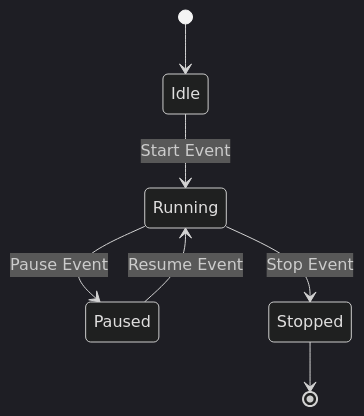
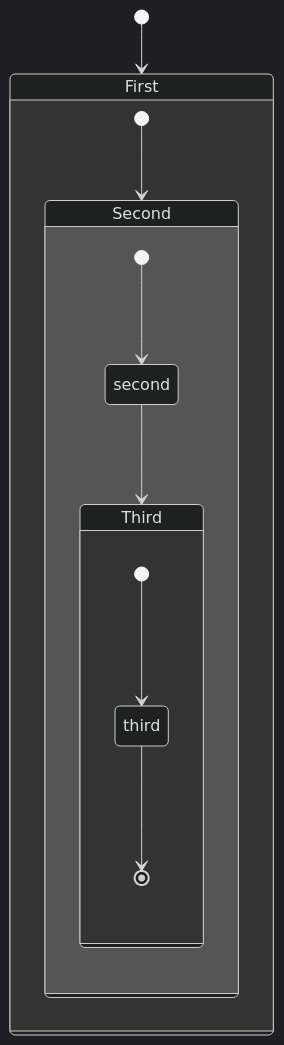
The eighth of 19 diagrams in skills/mermaid/examples/state.md (teachingai/full-stack-skills), drawn with Mermaid (dark theme) before and after one commit. The commit also changed other lines of this file and 21 other files, not shown here.

First line of the commit message:
docs(mermaid): 更新架构、块、C4和类图示例文档

````diff
--- a/skills/mermaid/examples/state.md
+++ b/skills/mermaid/examples/state.md
@@ -54,9 +109,18 @@
 ```mermaid
 stateDiagram-v2
-    [*] --> Idle
-    Idle --> Running : Start Event
-    Running --> Paused : Pause Event
-    Paused --> Running : Resume Event
-    Running --> Stopped : Stop Event
-    Stopped --> [*]
+    [*] --> First
+
+    state First {
+        [*] --> Second
+
+        state Second {
+            [*] --> second
+            second --> Third
+
+            state Third {
+                [*] --> third
+                third --> [*]
+            }
+        }
+    }
 ```
````
